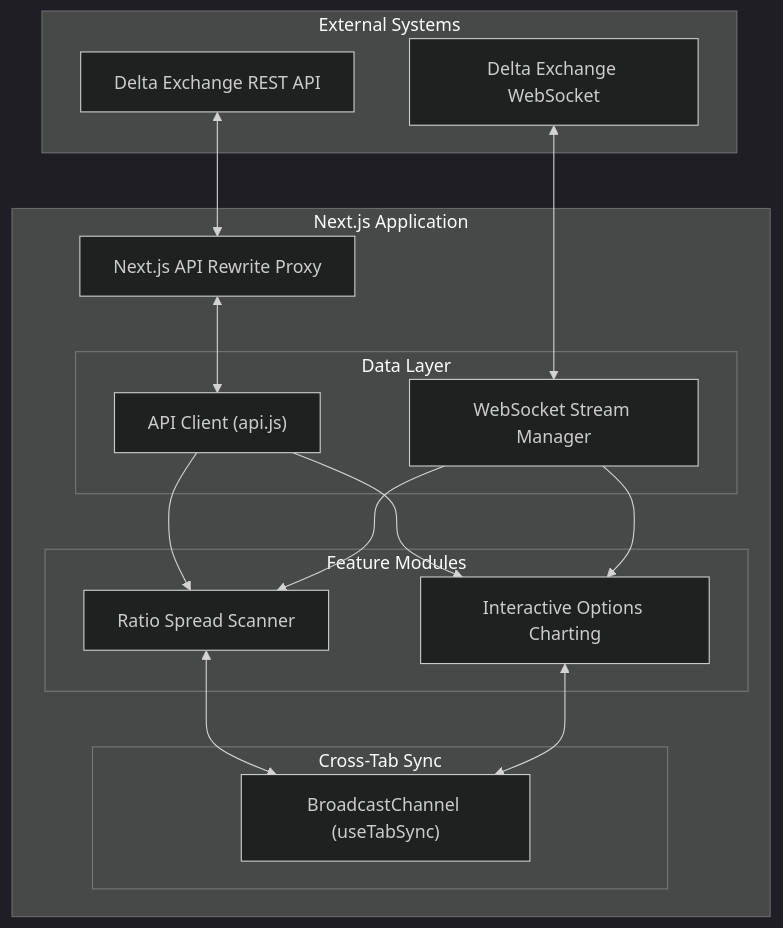
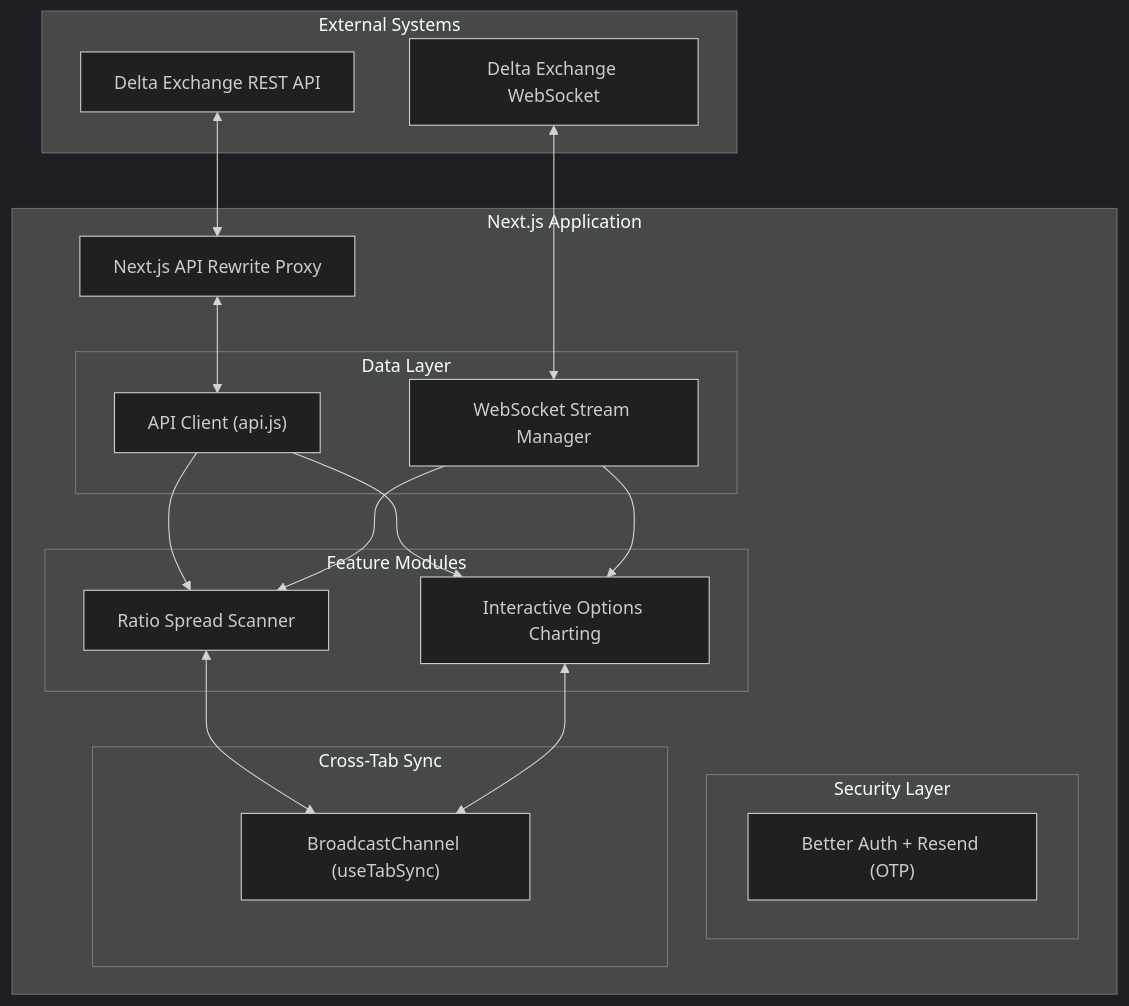
One commit to Vitti-Capital-Tech/ratio-spread-charts-dashboard changed the diagram in docs/HLD.md. Above: the diagram before and after it, drawn with Mermaid (dark theme). The commit also changed other lines of this file and 3 other files, not shown here.

Commit message:
Removed the bypass flow

````diff
--- a/docs/HLD.md
+++ b/docs/HLD.md
@@ -9,38 +9,42 @@
 ```mermaid
 flowchart TD
     subgraph External Systems
         REST["Delta Exchange REST API"]
         WS["Delta Exchange WebSocket"]
     end
 
     subgraph Next.js Application
         Proxy["Next.js API Rewrite Proxy"]
         
         subgraph Data Layer
             API_Lib["API Client (api.js)"]
             WS_Manager["WebSocket Stream Manager"]
         end
         
         subgraph Feature Modules
             Scanner["Ratio Spread Scanner"]
             Charts["Interactive Options Charting"]
         end
         
+        subgraph Security Layer
+            Auth["Better Auth + Resend (OTP)"]
+        end
+        
         subgraph Cross-Tab Sync
             Broadcast["BroadcastChannel (useTabSync)"]
         end
     end
 
     REST <--> Proxy
     Proxy <--> API_Lib
     WS <--> WS_Manager
     
     API_Lib --> Scanner
     API_Lib --> Charts
     
     WS_Manager --> Scanner
     WS_Manager --> Charts
     
     Scanner <--> Broadcast
     Charts <--> Broadcast
 ```
````
